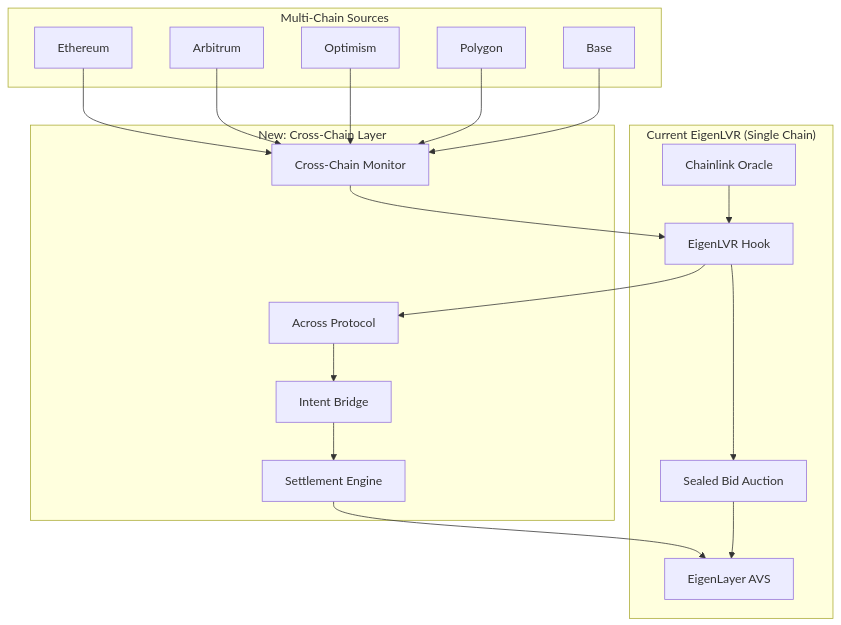
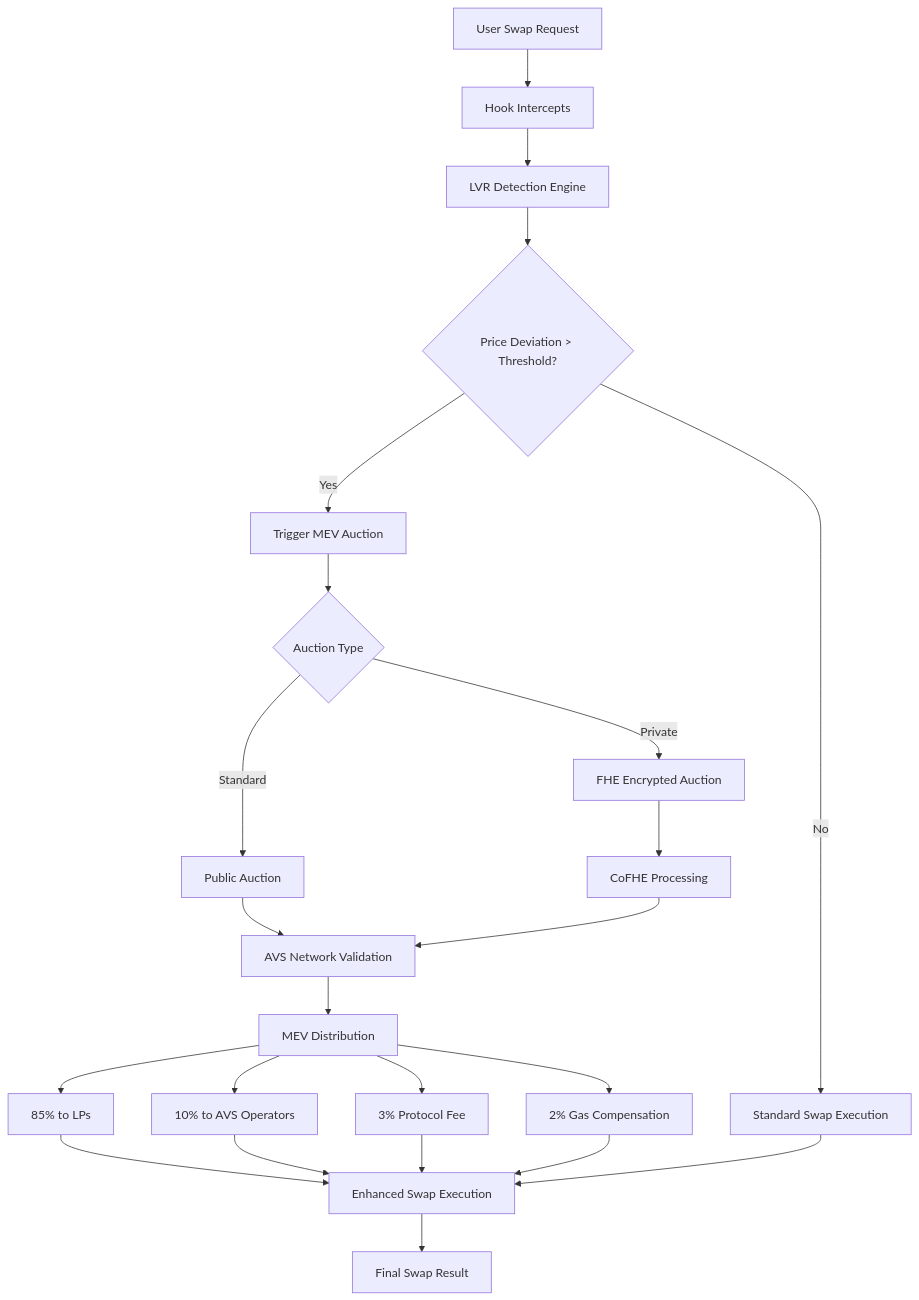
Before and after one commit to Najnomics/EigenLVR_v2: the diagram in README.md, drawn with Mermaid. The commit also changed other lines of this file and 22 other files, not shown here.

````diff
--- a/README.md
+++ b/README.md
@@ -74,40 +54,31 @@
 ```mermaid
 graph TB
-    subgraph "Current EigenLVR (Single Chain)"
-        ORACLE[Chainlink Oracle]
-        HOOK[EigenLVR Hook]
-        AVS[EigenLayer AVS]
-        AUCTION[Sealed Bid Auction]
-    end
+    A[User Swap Request] --> B[Hook Intercepts]
+    B --> C[LVR Detection Engine]
+    C --> D{Price Deviation > Threshold?}
     
-    subgraph "New: Cross-Chain Layer"
-        MONITOR[Cross-Chain Monitor]
-        ACROSS[Across Protocol]
-        BRIDGE[Intent Bridge]
-        SETTLE[Settlement Engine]
-    end
+    D -->|No| E[Standard Swap Execution]
+    D -->|Yes| F[Trigger MEV Auction]
     
-    subgraph "Multi-Chain Sources"
-        ETH[Ethereum]
-        ARB[Arbitrum]
-        OPT[Optimism]
-        POLY[Polygon]
-        BASE[Base]
-    end
+    F --> G{Auction Type}
+    G -->|Standard| H[Public Auction]
+    G -->|Private| I[FHE Encrypted Auction]
     
-    ETH --> MONITOR
-    ARB --> MONITOR
-    OPT --> MONITOR
-    POLY --> MONITOR
-    BASE --> MONITOR
+    H --> J[AVS Network Validation]
+    I --> K[CoFHE Processing]
+    K --> J
     
-    MONITOR --> HOOK
-    HOOK --> ACROSS
-    ACROSS --> BRIDGE
-    BRIDGE --> SETTLE
-    SETTLE --> AVS
+    J --> L[MEV Distribution]
+    L --> M[85% to LPs]
+    L --> N[10% to AVS Operators]
+    L --> O[3% Protocol Fee]
+    L --> P[2% Gas Compensation]
     
-    ORACLE --> HOOK
-    HOOK --> AUCTION
-    AUCTION --> AVS
+    M --> Q[Enhanced Swap Execution]
+    N --> Q
+    O --> Q
+    P --> Q
+    E --> Q
+    
+    Q --> R[Final Swap Result]
 ```
````
